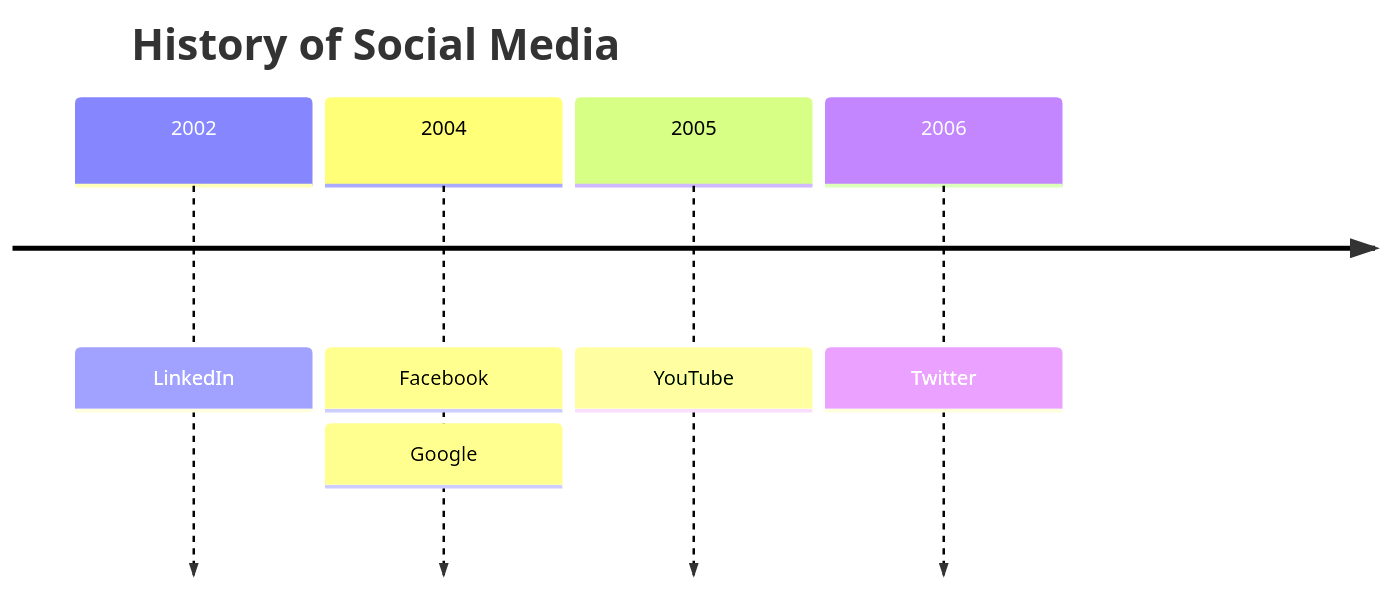
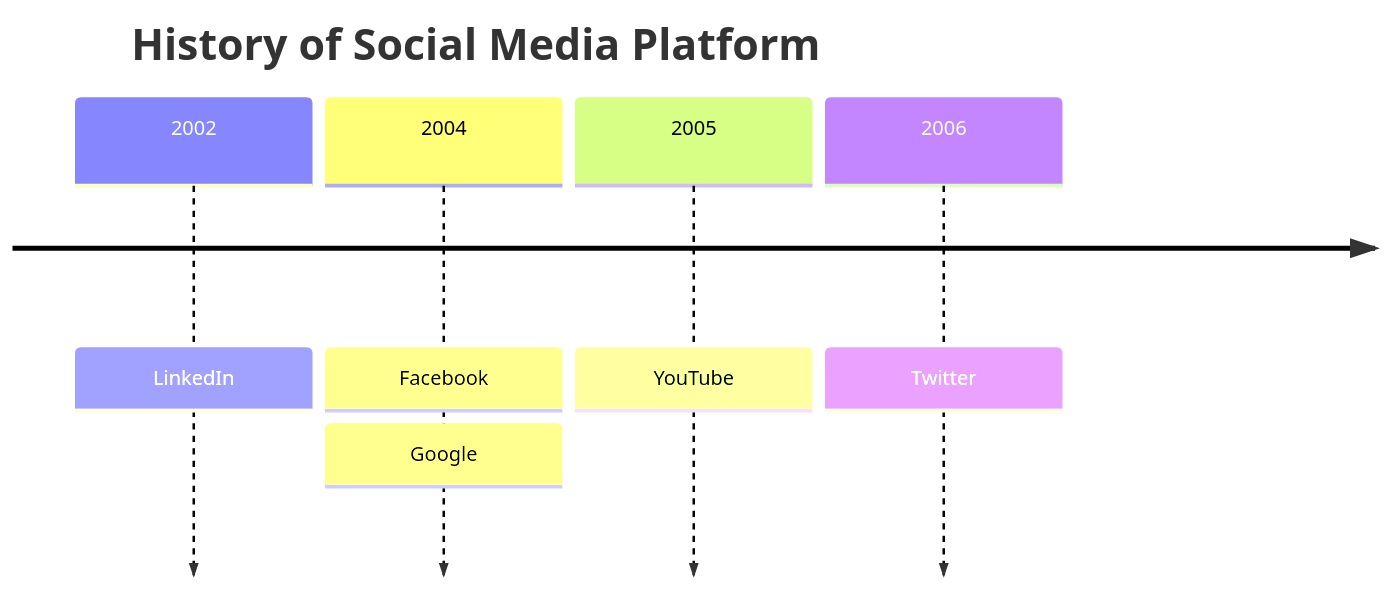
Before and after one commit to tangledgroup/tangled-skills: the sixth of 25 diagrams in .agents/skills/mermaid-11-14-0/references/06-other-diagrams.md, drawn with Mermaid. The commit also changed other lines of this file and 15 other files, not shown here.

First line of the commit message:
chore: regenerate mermaid skill and create rsync 3.4.1 skill with full documentation

````diff
--- a/.agents/skills/mermaid-11-14-0/references/06-other-diagrams.md
+++ b/.agents/skills/mermaid-11-14-0/references/06-other-diagrams.md
@@ -85,8 +117,9 @@
 ```mermaid
 timeline
-    title History of Social Media
+    title History of Social Media Platform
     2002 : LinkedIn
-    2004 : Facebook : Google
+    2004 : Facebook
+         : Google
     2005 : YouTube
     2006 : Twitter
 ```
````
